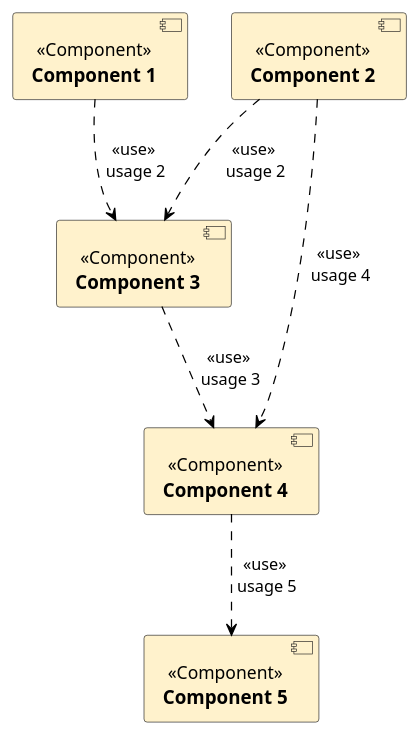
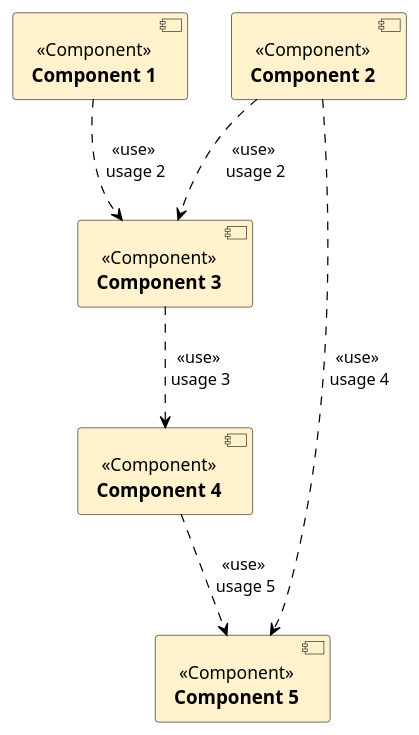
Before and after one commit to YanChunChang/BA_Plantuml: the diagram in ADF-Design/dynamic-system-description.plantuml, drawn with PlantUML. The commit also changed 1 other file, not shown here.

```diff
--- a/ADF-Design/dynamic-system-description.plantuml
+++ b/ADF-Design/dynamic-system-description.plantuml
@@ -1,21 +1,21 @@
 @startuml Dynamic system description
 'left to right direction
 skinparam component {
     backgroundColor<<Component>> #fff2cc
     FontStyle normal
 }
 
 [===Component 1] <<Component>> as c1
 [===Component 2] <<Component>> as c2
 [===Component 3] <<Component>> as c3
 [===Component 4] <<Component>> as c4
 [===Component 5] <<Component>> as c5
 
 
 c1 --> c3  #black;line.dashed;:<<use>>\n usage 2
 c2 --> c3  #black;line.dashed;:<<use>>\n usage 2
 c3 --> c4  #black;line.dashed;:<<use>>\n usage 3
-c2 --> c4  #black;line.dashed;:<<use>>\n usage 4
+c2 --> c5  #black;line.dashed;:<<use>>\n usage 4
 c4 --> c5  #black;line.dashed;:<<use>>\n usage 5
 
 @enduml
```
